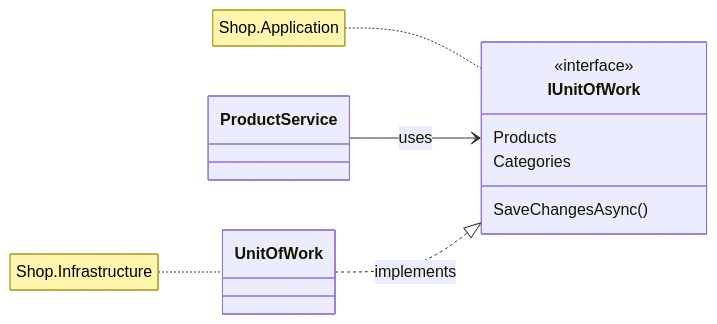
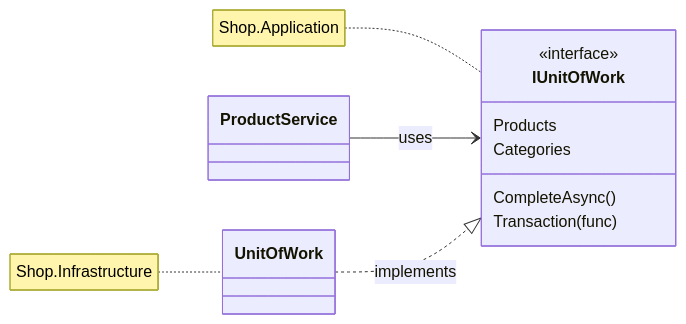
One commit to wesamkhateeb98-creator/clean-architecture-uow-repository changed the second of 5 diagrams in docs/03-clean-architecture.md. Above: the diagram before and after it, drawn with Mermaid. The commit also changed other lines of this file and 73 other files, not shown here.

Commit message:
refactor: align Shop.Demo with clean-architecture template (Abstracts, IEntity, CompleteAsync/Transaction, Presentation layer)

````diff
--- a/docs/03-clean-architecture.md
+++ b/docs/03-clean-architecture.md
@@ -32,16 +32,17 @@
 ```mermaid
 classDiagram
     direction LR
     class IUnitOfWork {
         <<interface>>
         Products
         Categories
-        SaveChangesAsync()
+        CompleteAsync()
+        Transaction(func)
     }
     class ProductService
     class UnitOfWork
     ProductService --> IUnitOfWork : uses
     UnitOfWork ..|> IUnitOfWork : implements
     note for IUnitOfWork "Shop.Application"
     note for UnitOfWork "Shop.Infrastructure"
 ```
````
